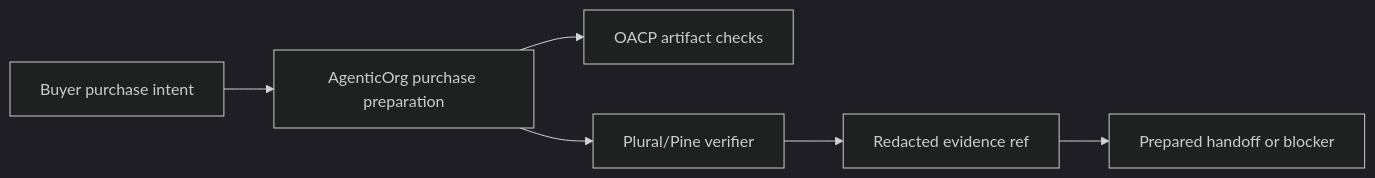
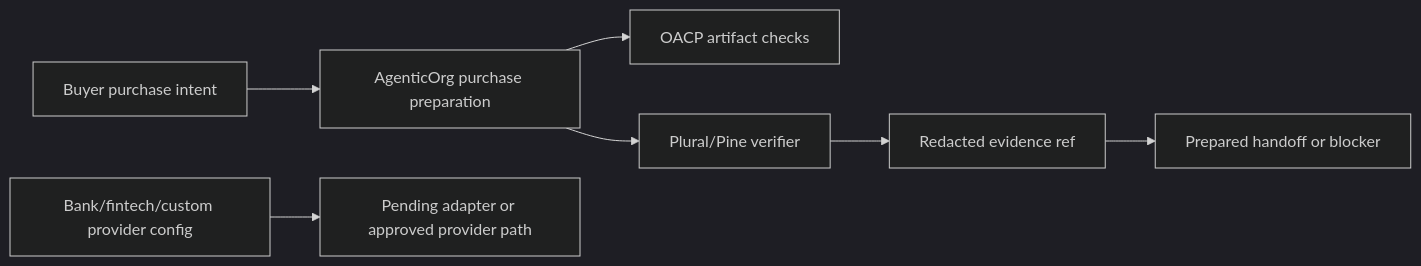
Before and after one commit to mishrasanjeev/agentic-org: the diagram in docs/blog/how-plural-pine-mandate-capability-fits.md, drawn with Mermaid (dark theme). The commit also changed other lines of this file and 44 other files, not shown here.

````diff
--- a/docs/blog/how-plural-pine-mandate-capability-fits.md
+++ b/docs/blog/how-plural-pine-mandate-capability-fits.md
@@ -13,8 +13,9 @@
 ```mermaid
 flowchart LR
   buyer[Buyer purchase intent] --> prep[AgenticOrg purchase preparation]
   prep --> cache[OACP artifact checks]
   prep --> pine[Plural/Pine verifier]
   pine --> evidence[Redacted evidence ref]
+  bank[Bank/fintech/custom provider config] --> blocker[Pending adapter or approved provider path]
   evidence --> result[Prepared handoff or blocker]
 ```
````
